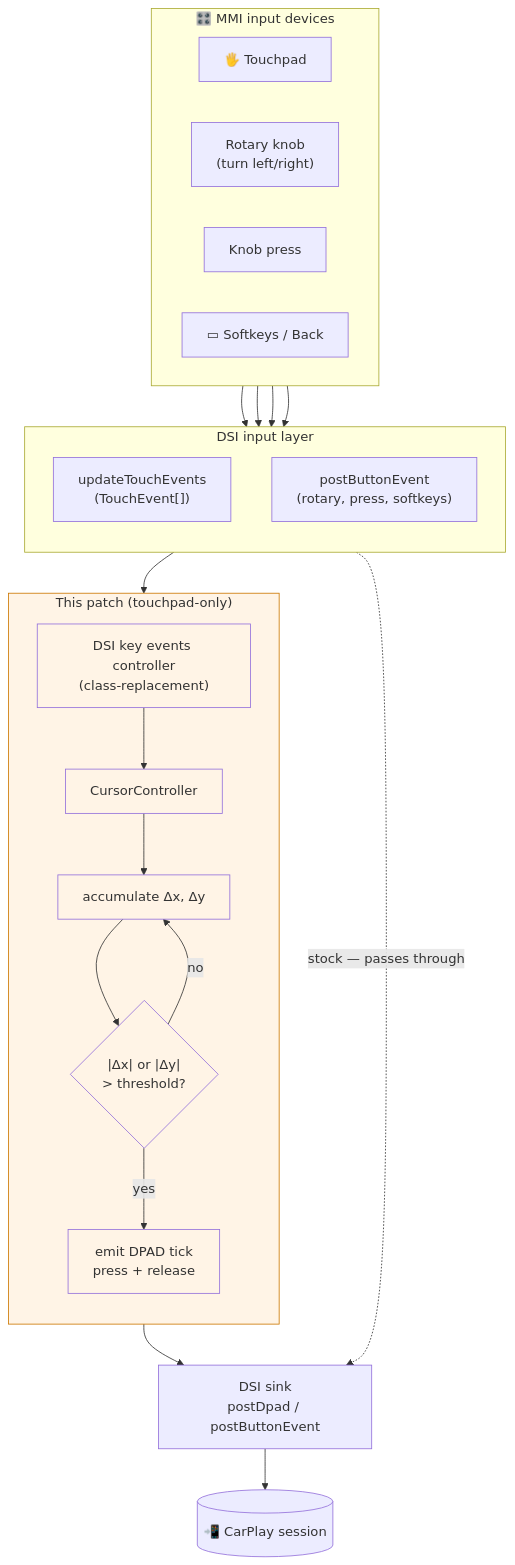
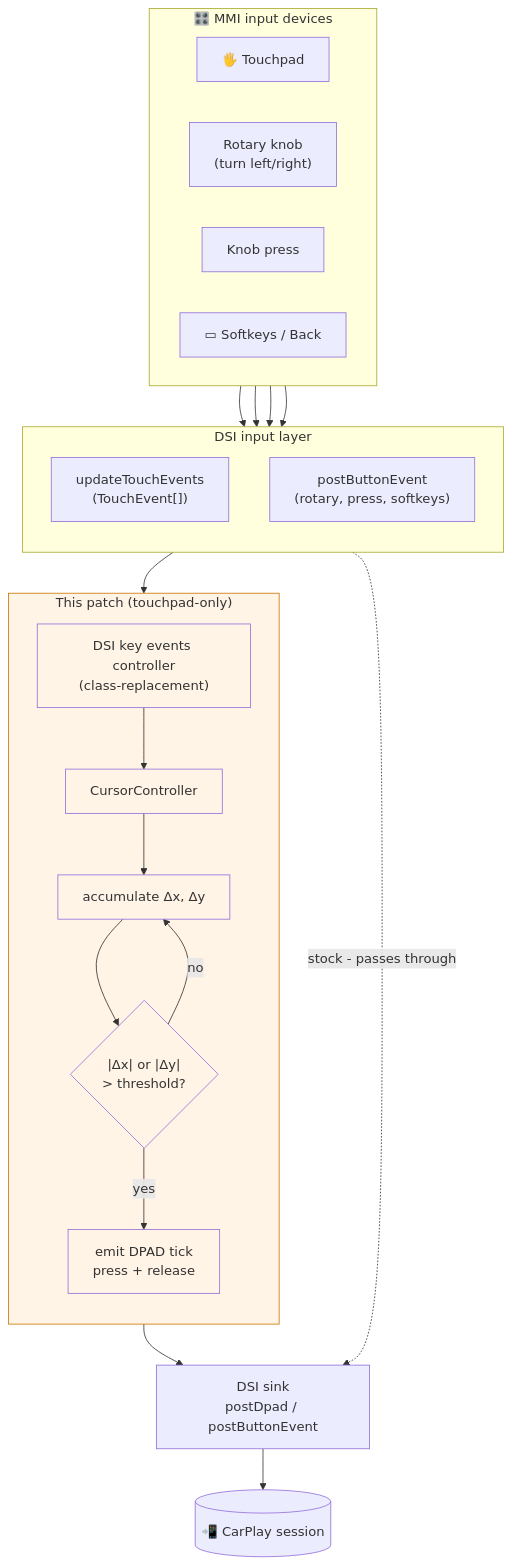
Before and after one commit to luka-dev/mib2q-carplay-rgi: the sixth of 9 diagrams in README.md, drawn with Mermaid. The commit also changed other lines of this file and 4 other files, not shown here.

````diff
--- a/README.md
+++ b/README.md
@@ -436,52 +435,52 @@
 ```mermaid
 flowchart TD
     subgraph mmi["🎛️ MMI input devices"]
         direction LR
         pad["🖐️ Touchpad"]
         rotary["Rotary knob<br/>(turn left/right)"]
         knob["Knob press"]
         soft["▭ Softkeys / Back"]
     end
 
     subgraph dsi_layer["DSI input layer"]
         direction TB
         dsi_touch["updateTouchEvents<br/>(TouchEvent[])"]
         dsi_key["postButtonEvent<br/>(rotary, press, softkeys)"]
     end
 
     subgraph patch["This patch (touchpad-only)"]
         direction TB
         hook["DSI key events controller<br/>(class-replacement)"]
         ctrl["CursorController"]
         accum["accumulate Δx, Δy"]
         thresh{"|Δx| or |Δy|<br/>> threshold?"}
         emit["emit DPAD tick<br/>press + release"]
     end
 
     sink["DSI sink<br/>postDpad / postButtonEvent"]
     cp[("📲 CarPlay session")]
 
     pad --> dsi_touch
     rotary --> dsi_key
     knob --> dsi_key
     soft --> dsi_key
 
     dsi_touch --> hook
-    dsi_key -.->|"stock — passes through"| sink
+    dsi_key -.->|"stock - passes through"| sink
 
     hook --> ctrl
     ctrl --> accum
     accum --> thresh
     thresh -->|yes| emit
     thresh -->|no| accum
 
     emit --> sink
     sink --> cp
 
     style patch fill:#fff4e6,stroke:#cc7700
     style hook fill:#fff4e6
     style ctrl fill:#fff4e6
     style accum fill:#fff4e6
     style thresh fill:#fff4e6
     style emit fill:#fff4e6
 ```
````
